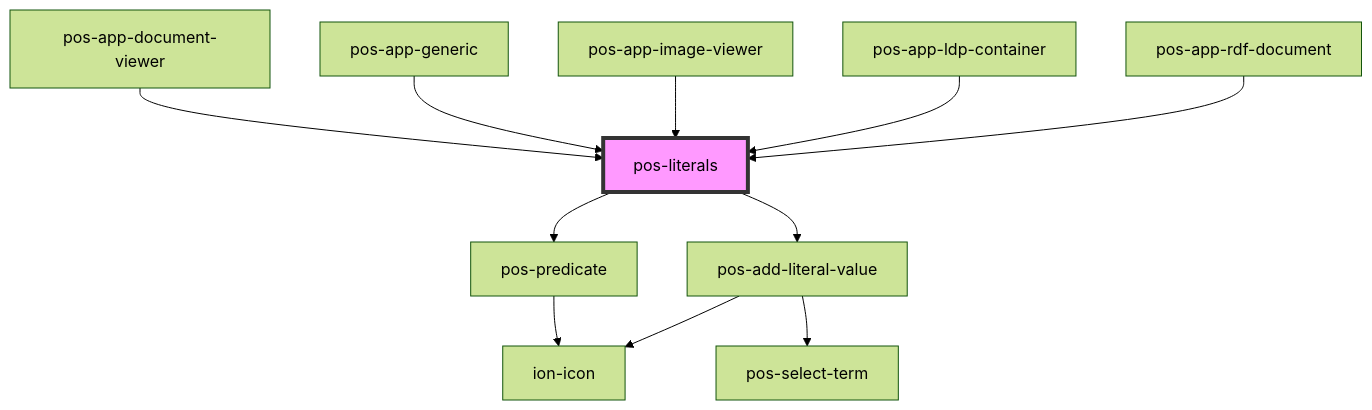
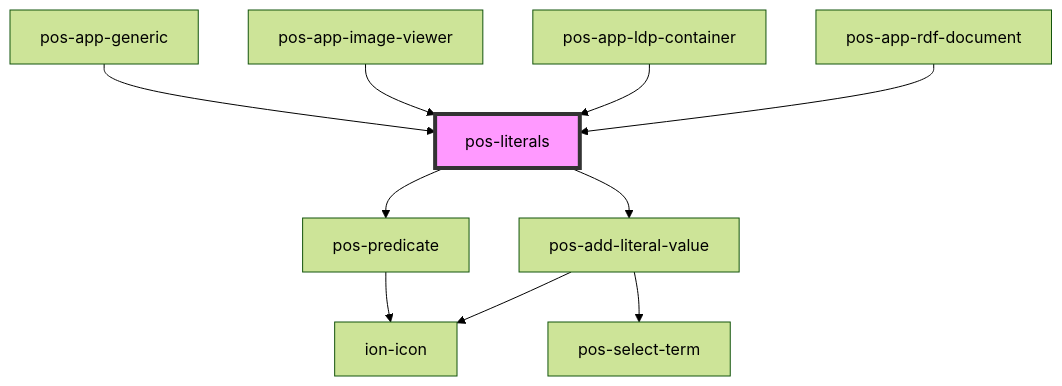
Before and after one commit to pod-os/PodOS: the diagram in docs/elements/components/pos-literals/readme.md, drawn with Mermaid (forest theme). The commit also changed other lines of this file and 6 other files, not shown here.

````diff
--- a/docs/elements/components/pos-literals/readme.md
+++ b/docs/elements/components/pos-literals/readme.md
@@ -31,14 +30,13 @@
 ```mermaid
 graph TD;
   pos-literals --> pos-predicate
   pos-literals --> pos-add-literal-value
   pos-predicate --> ion-icon
   pos-add-literal-value --> ion-icon
   pos-add-literal-value --> pos-select-term
-  pos-app-document-viewer --> pos-literals
   pos-app-generic --> pos-literals
   pos-app-image-viewer --> pos-literals
   pos-app-ldp-container --> pos-literals
   pos-app-rdf-document --> pos-literals
   style pos-literals fill:#f9f,stroke:#333,stroke-width:4px
 ```
````
